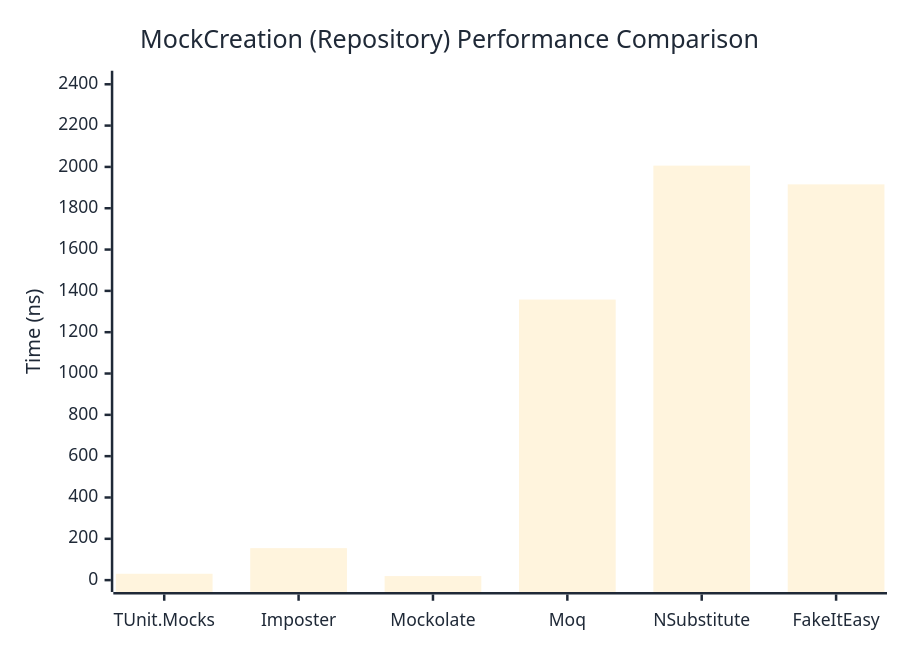
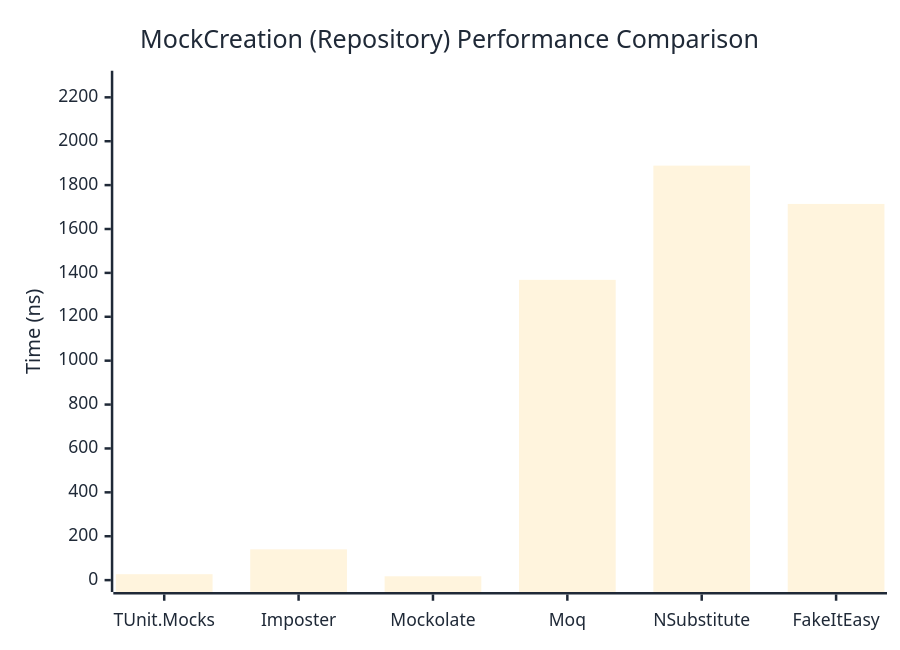
The second of 2 diagrams in docs/docs/benchmarks/mocks/MockCreation.md (thomhurst/TUnit), drawn with Mermaid before and after one commit. The commit also changed other lines of this file and 14 other files, not shown here.

````diff
--- a/docs/docs/benchmarks/mocks/MockCreation.md
+++ b/docs/docs/benchmarks/mocks/MockCreation.md
@@ -71,27 +71,27 @@
 ```mermaid
 %%{init: {
   'theme':'base',
   'themeVariables': {
     'primaryColor': '#2563eb',
     'primaryTextColor': '#1f2937',
     'primaryBorderColor': '#1e40af',
     'lineColor': '#6b7280',
     'secondaryColor': '#7c3aed',
     'tertiaryColor': '#dc2626',
     'background': '#ffffff',
     'pie1': '#2563eb',
     'pie2': '#7c3aed',
     'pie3': '#dc2626',
     'pie4': '#f59e0b',
     'pie5': '#10b981',
     'pie6': '#06b6d4',
     'pie7': '#ec4899',
     'pie8': '#6366f1'
   }
 }}%%
 xychart-beta
   title "MockCreation (Repository) Performance Comparison"
   x-axis ["TUnit.Mocks", "Imposter", "Mockolate", "Moq", "NSubstitute", "FakeItEasy"]
-  y-axis "Time (ns)" 0 --> 2408
-  bar [30.81, 154.82, 19.57, 1357.99, 2006.26, 1915.62]
+  y-axis "Time (ns)" 0 --> 2267
+  bar [27.1, 140.3, 17.6, 1368.28, 1888.8, 1714.2]
 ```
````
